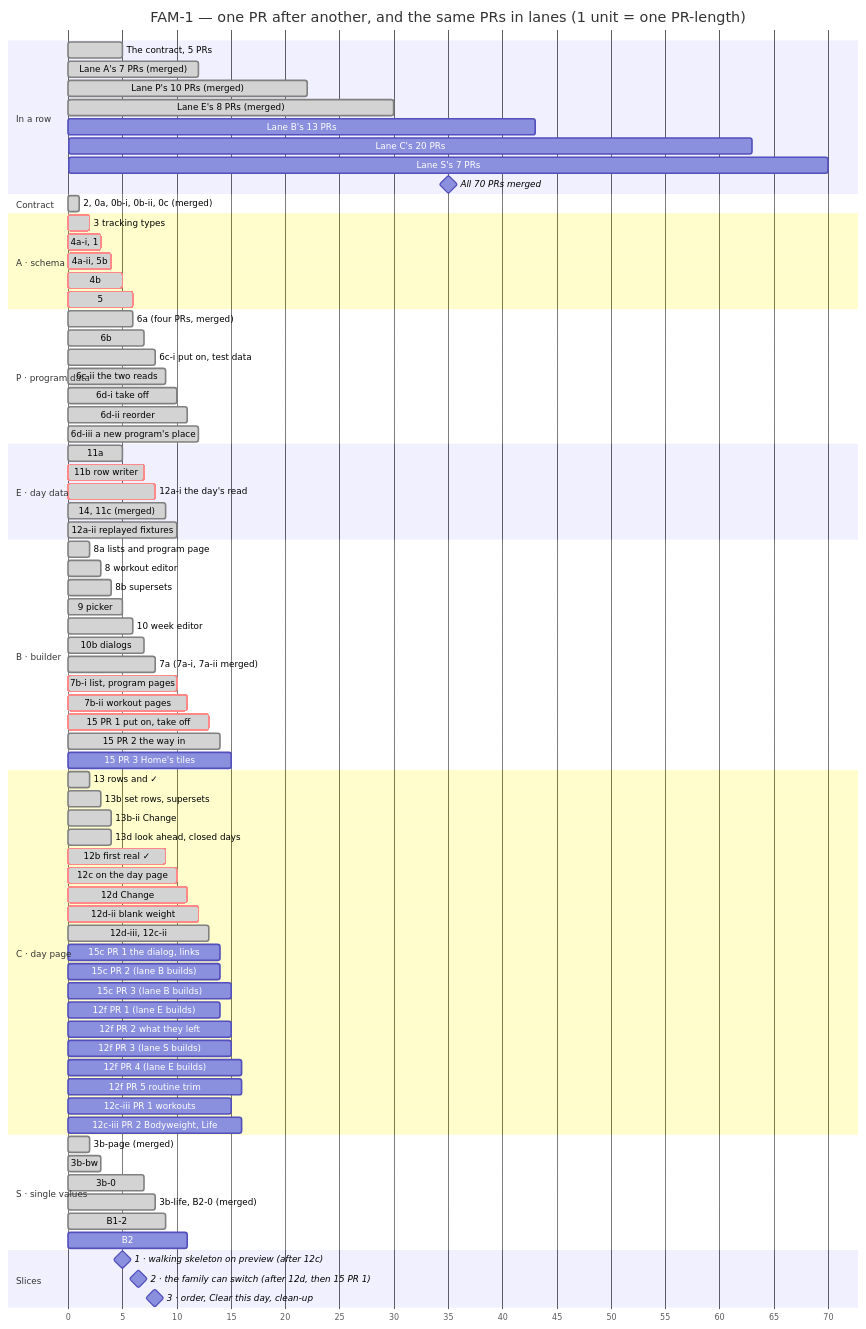
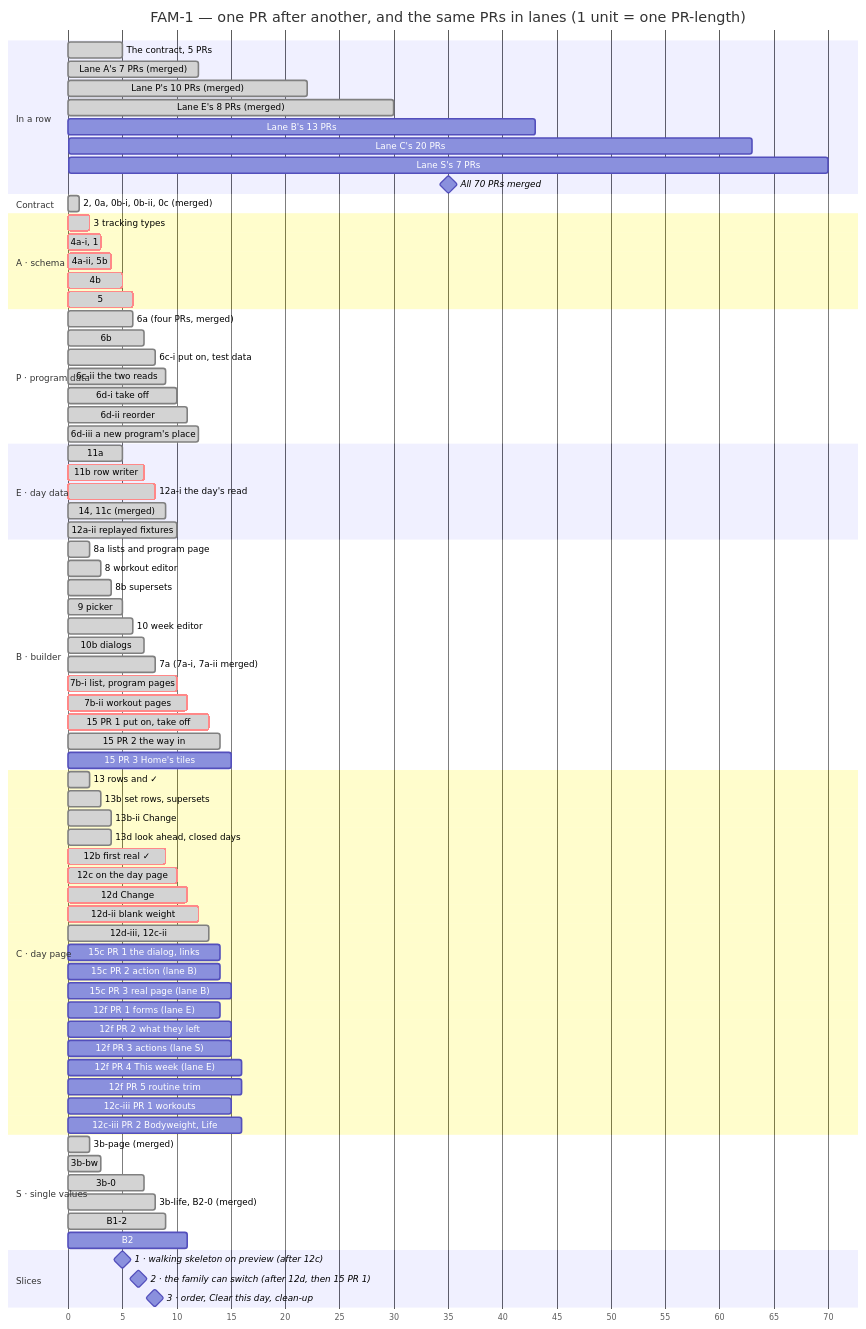
One commit to ralamode/mat-plan changed the second of 2 diagrams in docs/milestones/fam-1-family-program.md. Above: the diagram before and after it, drawn with Mermaid. The commit also changed other lines of this file and 3 other files, not shown here.

```diff
--- a/docs/milestones/fam-1-family-program.md
+++ b/docs/milestones/fam-1-family-program.md
@@ -325,12 +325,12 @@
   12d-ii blank weight          :crit, done, c6b, 11, 12
   12d-iii, 12c-ii              :done, c6c, 12, 13
   15c PR 1 the dialog, links   :c7a, 13, 14
-  15c PR 2 (lane B builds)     :c7b, 13, 14
-  15c PR 3 (lane B builds)     :c7c, 14, 15
-  12f PR 1 (lane E builds)     :c9a, 13, 14
+  15c PR 2 action (lane B)     :c7b, 13, 14
+  15c PR 3 real page (lane B)  :c7c, 14, 15
+  12f PR 1 forms (lane E)      :c9a, 13, 14
   12f PR 2 what they left      :c9b, 14, 15
-  12f PR 3 (lane S builds)     :c9c, 14, 15
-  12f PR 4 (lane E builds)     :c9d, 15, 16
+  12f PR 3 actions (lane S)    :c9c, 14, 15
+  12f PR 4 This week (lane E)  :c9d, 15, 16
   12f PR 5 routine trim        :c9e, 15, 16
   12c-iii PR 1 workouts        :c8a, 14, 15
   12c-iii PR 2 Bodyweight, Life :c8b, 15, 16
```
